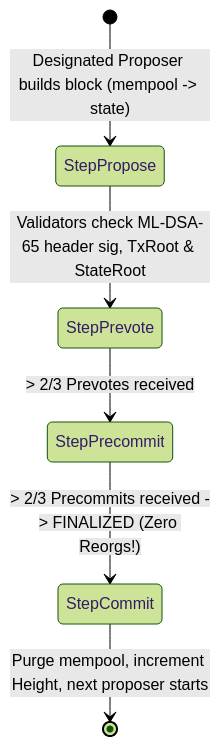
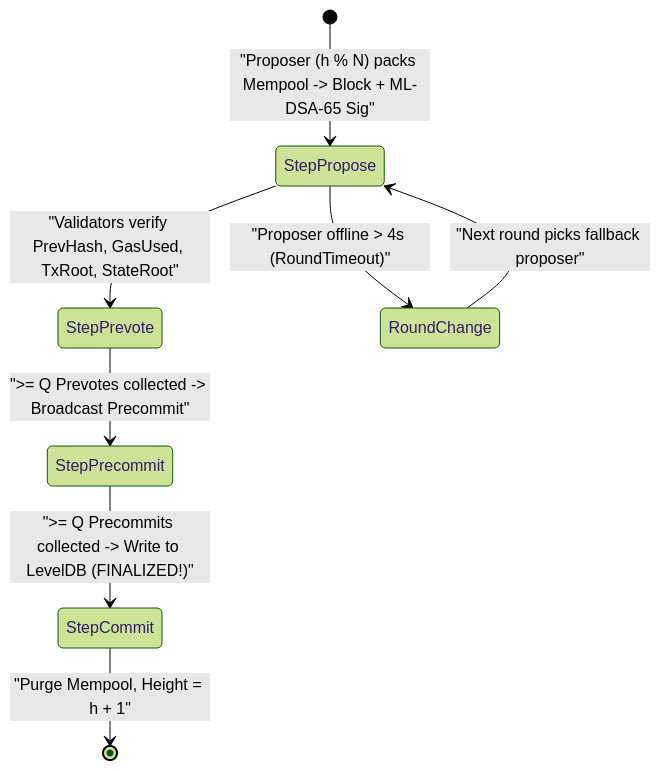
One commit to oenexa/oenexa-docs changed the diagram in 04-consensus-and-validators/01_bft_consensus_and_finality.md. Above: the diagram before and after it, drawn with Mermaid (forest theme). The commit also changed other lines of this file and 21 other files, not shown here.

Commit message:
feat(docs): expand beginner curriculum with worked examples, visual diagrams, and interactive Visual Learning Studio

````diff
--- a/04-consensus-and-validators/01_bft_consensus_and_finality.md
+++ b/04-consensus-and-validators/01_bft_consensus_and_finality.md
@@ -27,8 +40,10 @@
 ```mermaid
 stateDiagram-v2
-    [*] --> StepPropose: Designated Proposer builds block (mempool -> state)
-    StepPropose --> StepPrevote: Validators check ML-DSA-65 header sig, TxRoot & StateRoot
-    StepPrevote --> StepPrecommit: > 2/3 Prevotes received
-    StepPrecommit --> StepCommit: > 2/3 Precommits received -> FINALIZED (Zero Reorgs!)
-    StepCommit --> [*]: Purge mempool, increment Height, next proposer starts
+    [*] --> StepPropose: "Proposer (h % N) packs Mempool -> Block + ML-DSA-65 Sig"
+    StepPropose --> StepPrevote: "Validators verify PrevHash, GasUsed, TxRoot, StateRoot"
+    StepPrevote --> StepPrecommit: ">= Q Prevotes collected -> Broadcast Precommit"
+    StepPrecommit --> StepCommit: ">= Q Precommits collected -> Write to LevelDB (FINALIZED!)"
+    StepPropose --> RoundChange: "Proposer offline > 4s (RoundTimeout)"
+    RoundChange --> StepPropose: "Next round picks fallback proposer"
+    StepCommit --> [*]: "Purge Mempool, Height = h + 1"
 ```
````
